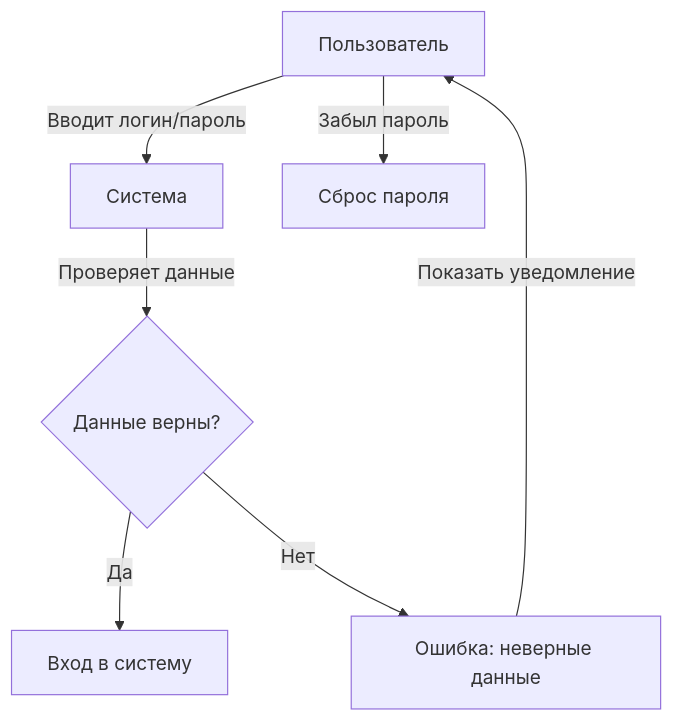
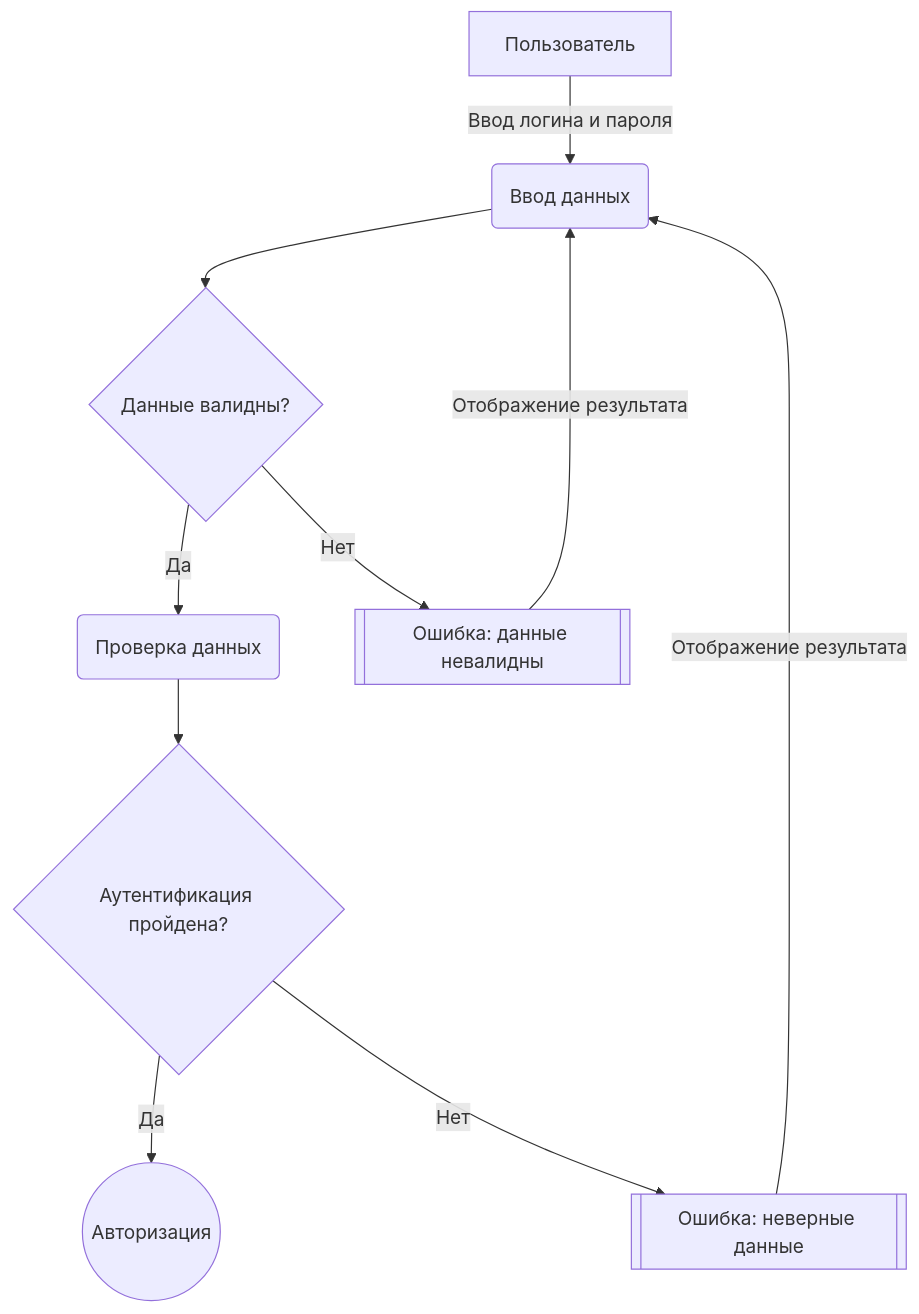
Before and after one commit to P314Rat/LegalexAccount: the first of 2 diagrams in Documentation/docs/авторизация/login.md, drawn with Mermaid. The commit also changed other lines of this file and 4 other files, not shown here.

````diff
--- a/Documentation/docs/авторизация/login.md
+++ b/Documentation/docs/авторизация/login.md
@@ -14,9 +15,12 @@
 ```mermaid
 graph TD;
-    A[Пользователь] -->|Вводит логин/пароль| B[Система]
-    B -->|Проверяет данные| C{Данные верны?}
-    C -->|Да| D[Вход в систему]
-    C -->|Нет| E[Ошибка: неверные данные]
-    E -->|Показать уведомление| A
-    A -->|Забыл пароль| F[Сброс пароля]
+    A[Пользователь] -->|Ввод логина и пароля| B(Ввод данных)
+    B --> C{Данные валидны?}
+    C -->|Да| D(Проверка данных)
+    C -->|Нет| E[[Ошибка: данные невалидны]]
+    D -->F{Аутентификация пройдена?}
+    F -->|Да| G((Авторизация))
+    F -->|Нет| H[[Ошибка: неверные данные]]
+    H -->|Отображение результата| B
+    E -->|Отображение результата| B
 ```
````
